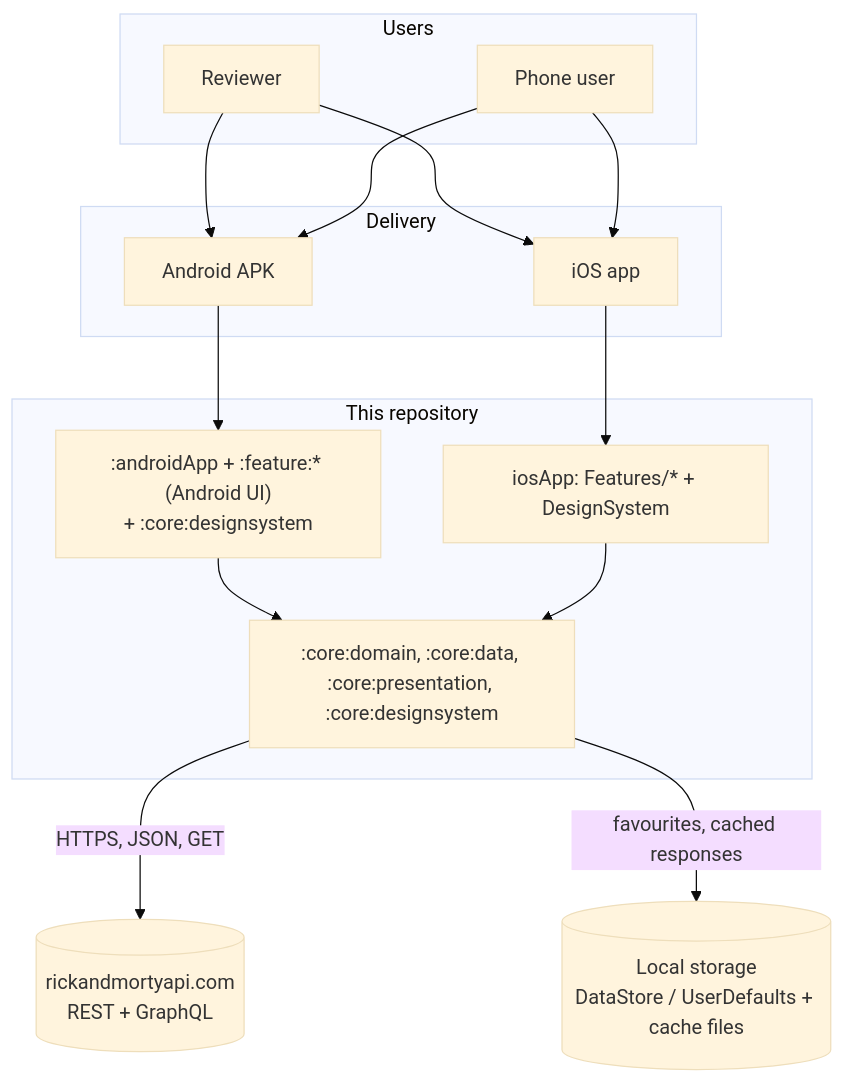
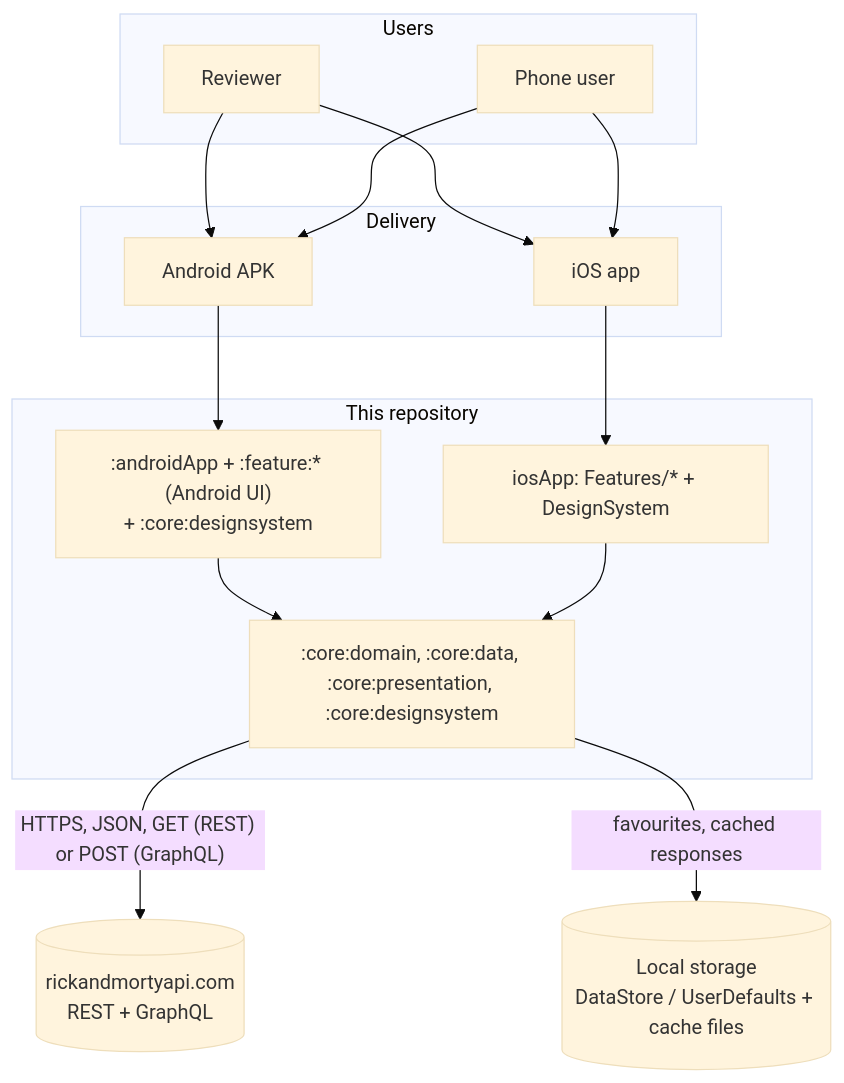
One commit to davidru85/RickAndMorty changed the first of 4 diagrams in docs/DESIGN.md. Above: the diagram before and after it, drawn with Mermaid (base theme). The commit also changed other lines of this file and 23 other files, not shown here.

First line of the commit message:
docs: replace Locations with Settings and ship runtime REST/GraphQL selection

````diff
--- a/docs/DESIGN.md
+++ b/docs/DESIGN.md
@@ -14,24 +14,24 @@
 ```mermaid
 flowchart TB
     subgraph Users
         RU[Reviewer]
         PU[Phone user]
     end
     subgraph Delivery
         APK[Android APK]
         IPA[iOS app]
     end
     subgraph "This repository"
         SH[":core:domain, :core:data, :core:presentation, :core:designsystem"]
         AU[":androidApp + :feature:* (Android UI)<br/>+ :core:designsystem"]
         IU["iosApp: Features/* + DesignSystem"]
     end
     RU --> APK
     RU --> IPA
     PU --> APK
     PU --> IPA
     APK --> AU --> SH
     IPA --> IU --> SH
-    SH -->|"HTTPS, JSON, GET"| API[("rickandmortyapi.com<br/>REST + GraphQL")]
+    SH -->|"HTTPS, JSON, GET (REST) or POST (GraphQL)"| API[("rickandmortyapi.com<br/>REST + GraphQL")]
     SH -->|"favourites, cached responses"| STORE[("Local storage<br/>DataStore / UserDefaults + cache files")]
 ```
````
